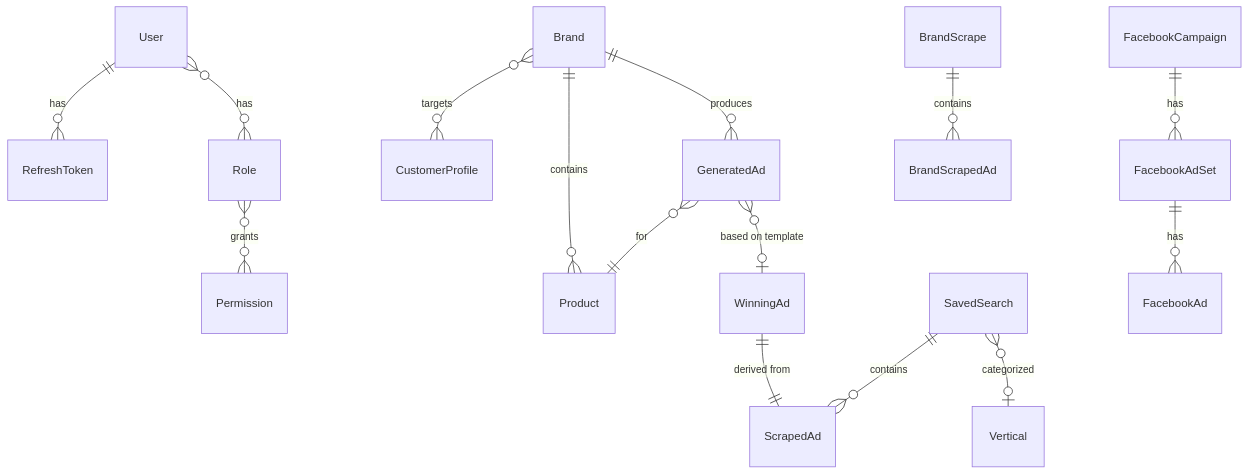
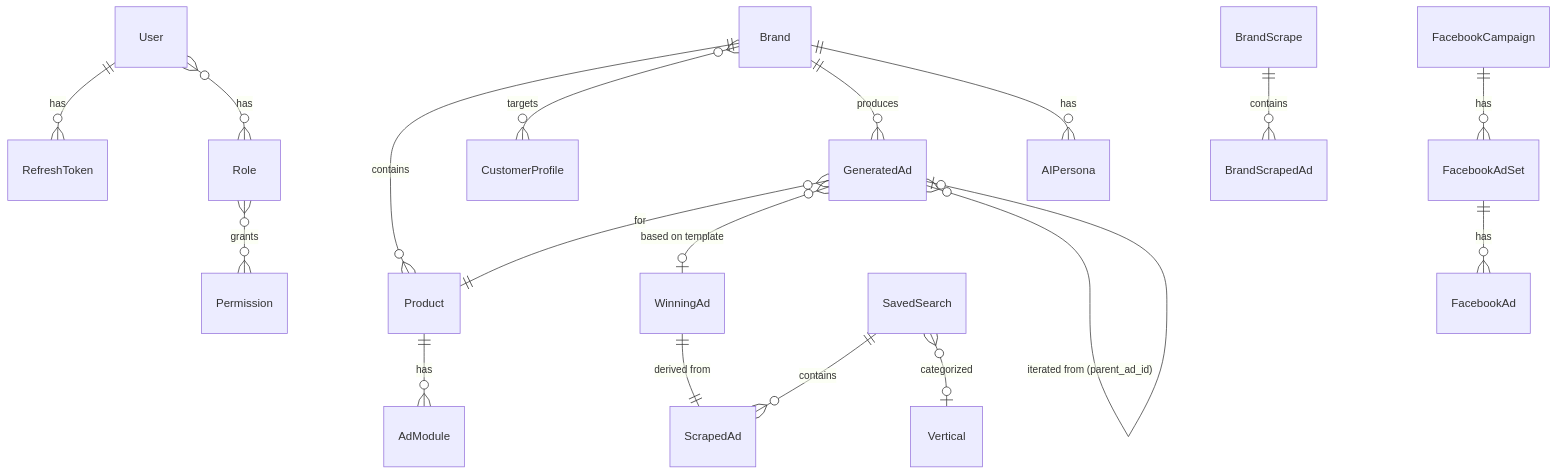
One commit to johanseg/fb-builder changed the fourth of 4 diagrams in README.md. Above: the diagram before and after it, drawn with Mermaid. The commit also changed other lines of this file and 2 other files, not shown here.

First line of the commit message:
docs: update README, CLAUDE.md, and ARCHITECTURE.md for Modular Creative Strategist

````diff
--- a/README.md
+++ b/README.md
@@ -438,23 +493,27 @@
 ```mermaid
 erDiagram
     User ||--o{ RefreshToken : has
     User }o--o{ Role : has
     Role }o--o{ Permission : grants
 
     Brand ||--o{ Product : contains
     Brand }o--o{ CustomerProfile : targets
     Brand ||--o{ GeneratedAd : produces
+    Brand ||--o{ AIPersona : has
+
+    Product ||--o{ AdModule : has
 
     GeneratedAd }o--|| Product : for
     GeneratedAd }o--o| WinningAd : "based on template"
+    GeneratedAd }o--o| GeneratedAd : "iterated from (parent_ad_id)"
 
     WinningAd ||--|| ScrapedAd : "derived from"
 
     SavedSearch ||--o{ ScrapedAd : contains
     SavedSearch }o--o| Vertical : categorized
 
     FacebookCampaign ||--o{ FacebookAdSet : has
     FacebookAdSet ||--o{ FacebookAd : has
 
     BrandScrape ||--o{ BrandScrapedAd : contains
 ```
````
